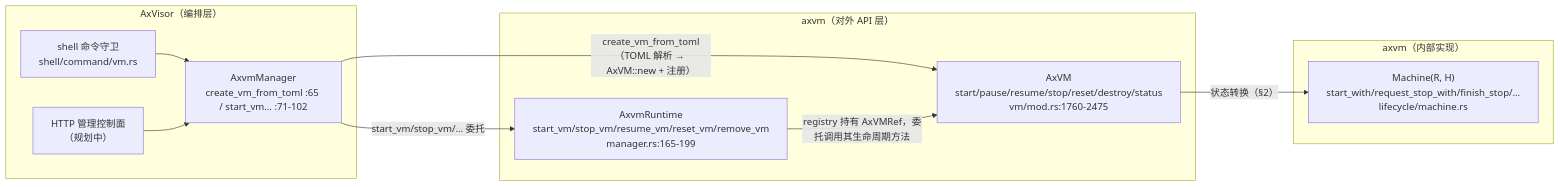
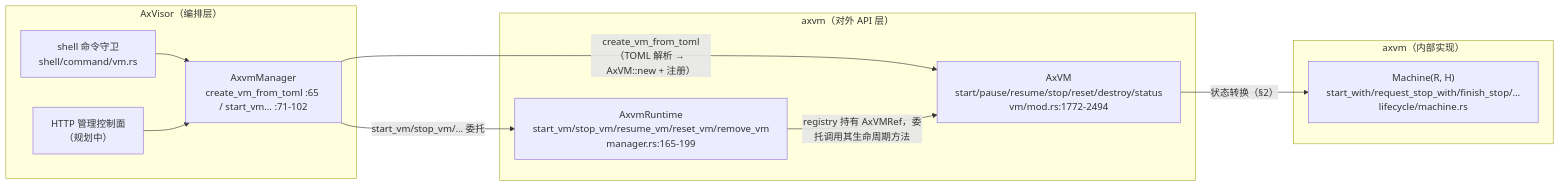
Before and after one commit to aptacc2421/tgoskits: the second of 2 diagrams in virtualization/axvm/docs/lifecycle-internals.md, drawn with Mermaid. The commit also changed other lines of this file and 1 other file, not shown here.

First line of the commit message:
docs(axvm): resync lifecycle docs with retained-failure and destroy gate

````diff
--- a/virtualization/axvm/docs/lifecycle-internals.md
+++ b/virtualization/axvm/docs/lifecycle-internals.md
@@ -377,21 +399,21 @@
 ```mermaid
 graph LR
     subgraph AX["AxVisor（编排层）"]
         SH["shell 命令守卫<br/>shell/command/vm.rs"]
         HTTP["HTTP 管理控制面<br/>（规划中）"]
         AM["AxvmManager<br/>create_vm_from_toml :65 / start_vm… :71-102"]
     end
     subgraph EXT["axvm（对外 API 层）"]
         RT["AxvmRuntime<br/>start_vm/stop_vm/resume_vm/reset_vm/remove_vm<br/>manager.rs:165-199"]
-        AXVM["AxVM<br/>start/pause/resume/stop/reset/destroy/status<br/>vm/mod.rs:1760-2475"]
+        AXVM["AxVM<br/>start/pause/resume/stop/reset/destroy/status<br/>vm/mod.rs:1772-2494"]
     end
     subgraph INT["axvm（内部实现）"]
         M["Machine(R, H)<br/>start_with/request_stop_with/finish_stop/…<br/>lifecycle/machine.rs"]
     end
     SH --> AM
     HTTP --> AM
     AM -->|create_vm_from_toml（TOML 解析 → AxVM::new + 注册）| AXVM
     AM -->|start_vm/stop_vm/… 委托| RT
     RT -->|registry 持有 AxVMRef，委托调用其生命周期方法| AXVM
     AXVM -->|状态转换（§2）| M
 ```
````
